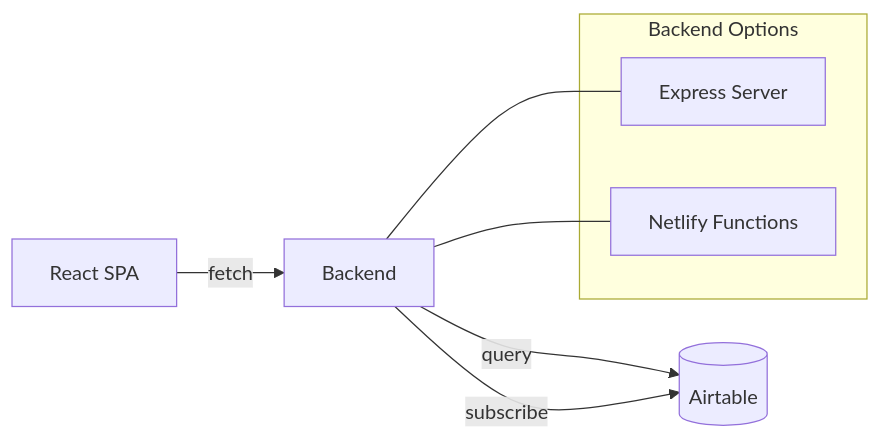
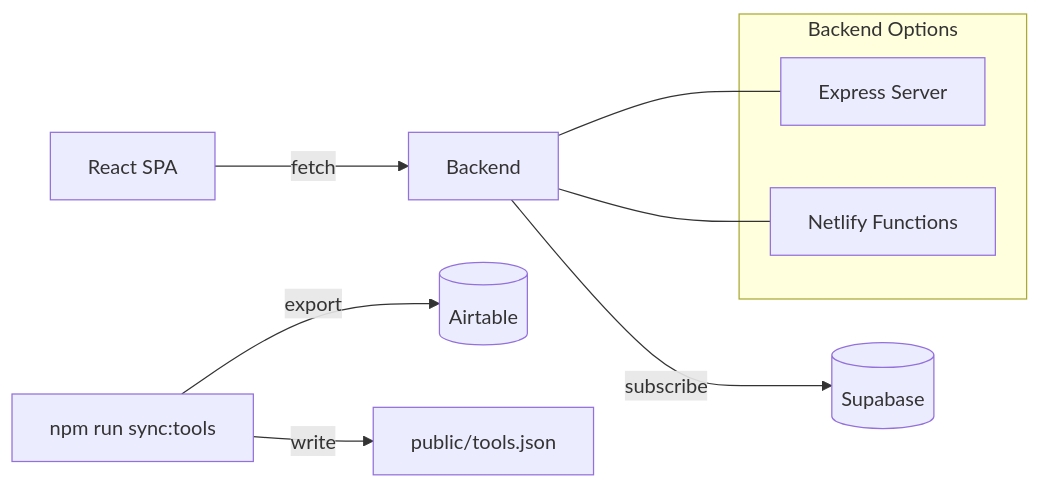
One commit to R4FKEN/indiefast changed the diagram in droid-wiki/overview/architecture.md. Above: the diagram before and after it, drawn with Mermaid. The commit also changed other lines of this file and 17 other files, not shown here.

First line of the commit message:
Store newsletter signups in Supabase instead of Airtable.

````diff
--- a/droid-wiki/overview/architecture.md
+++ b/droid-wiki/overview/architecture.md
@@ -7,14 +7,15 @@
 ```mermaid
 graph LR
     Browser[React SPA] -->|fetch| Backend
-    Backend -->|query| Airtable[(Airtable)]
-    Backend -->|subscribe| Airtable
+    Backend -->|subscribe| Supabase[(Supabase)]
+    Sync[npm run sync:tools] -->|export| Airtable[(Airtable)]
+    Sync -->|write| Snapshot[public/tools.json]
     
     subgraph Backend Options
         Express[Express Server]
         Netlify[Netlify Functions]
     end
     
     Backend --- Express
     Backend --- Netlify
 ```
````
